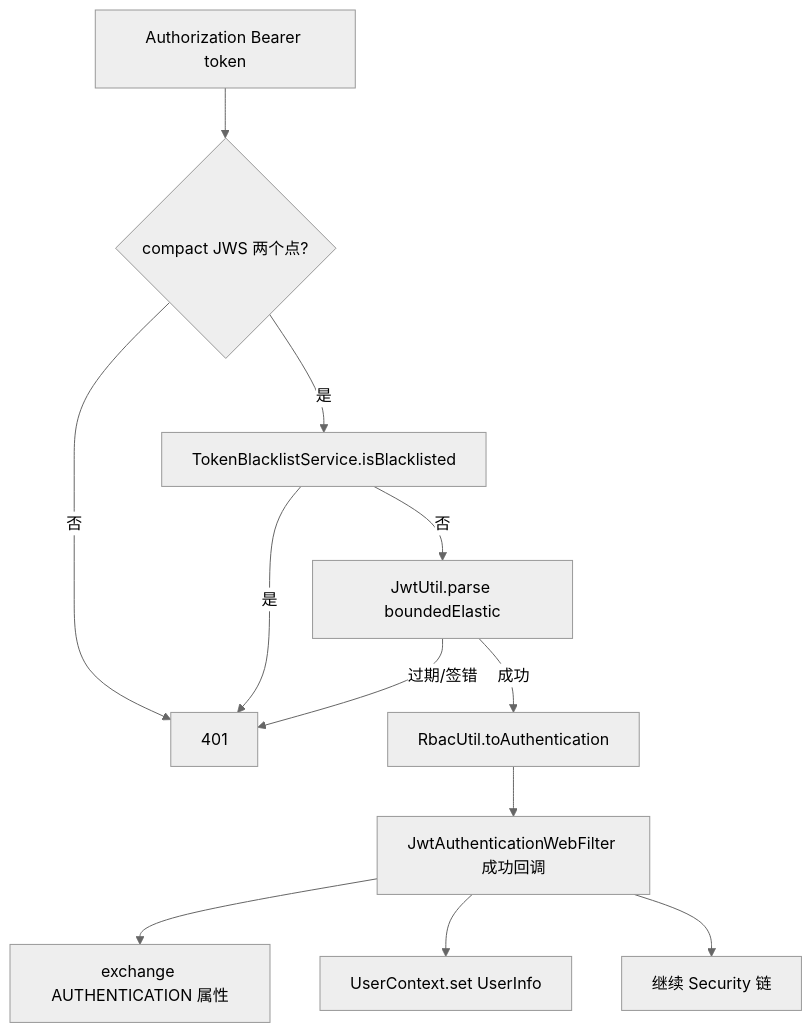
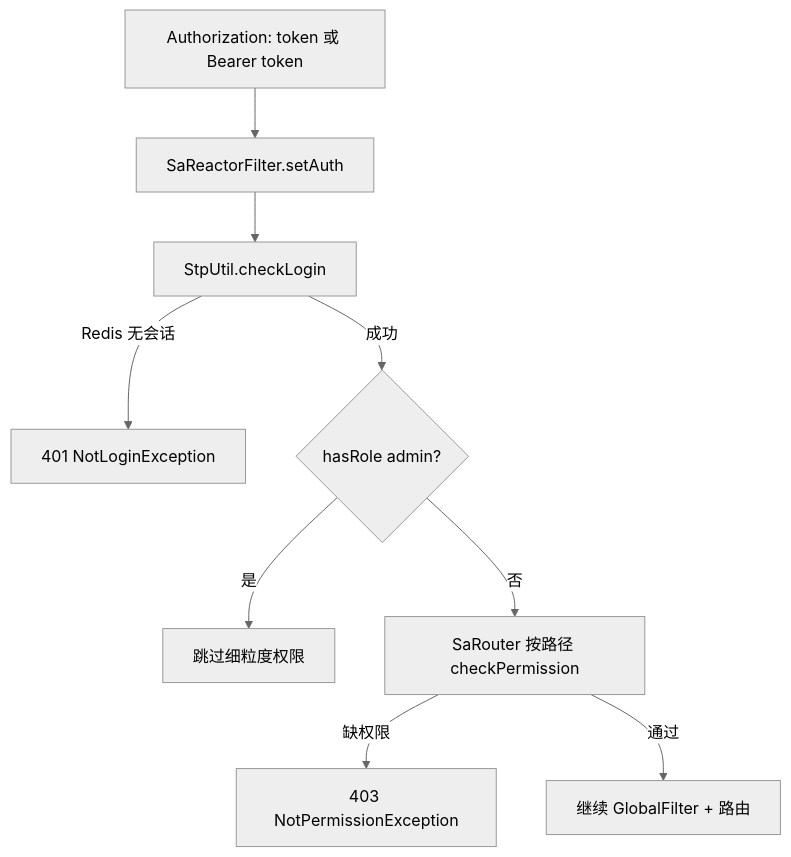
One commit to ZjlShenshiqing/EnterpriseKnowledgeWorkspace changed the third of 4 diagrams in docs/gateway-service-code-analysis.md. Above: the diagram before and after it, drawn with Mermaid (neutral theme). The commit also changed other lines of this file and 19 other files, not shown here.

````diff
--- a/docs/gateway-service-code-analysis.md
+++ b/docs/gateway-service-code-analysis.md
@@ -338,14 +446,11 @@
 ```mermaid
 flowchart TD
-    A[Authorization Bearer token] --> B{compact JWS 两个点?}
-    B -->|否| X[401]
-    B -->|是| C[TokenBlacklistService.isBlacklisted]
-    C -->|是| X
-    C -->|否| D[JwtUtil.parse boundedElastic]
-    D -->|过期/签错| X
-    D -->|成功| E[RbacUtil.toAuthentication]
-    E --> F[JwtAuthenticationWebFilter 成功回调]
-    F --> G[exchange AUTHENTICATION 属性]
-    F --> H[UserContext.set UserInfo]
-    F --> I[继续 Security 链]
+    A[Authorization: token 或 Bearer token] --> B[SaReactorFilter.setAuth]
+    B --> C[StpUtil.checkLogin]
+    C -->|Redis 无会话| X[401 NotLoginException]
+    C -->|成功| D{hasRole admin?}
+    D -->|是| Y[跳过细粒度权限]
+    D -->|否| E[SaRouter 按路径 checkPermission]
+    E -->|缺权限| Z[403 NotPermissionException]
+    E -->|通过| F[继续 GlobalFilter + 路由]
 ```
````
